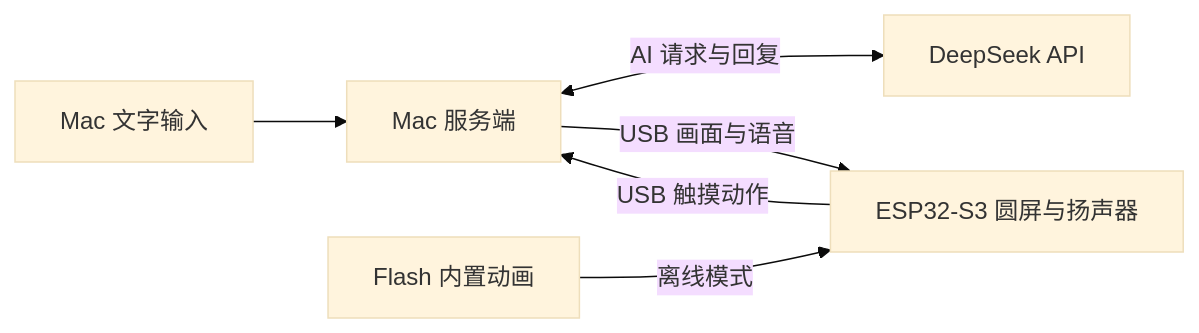
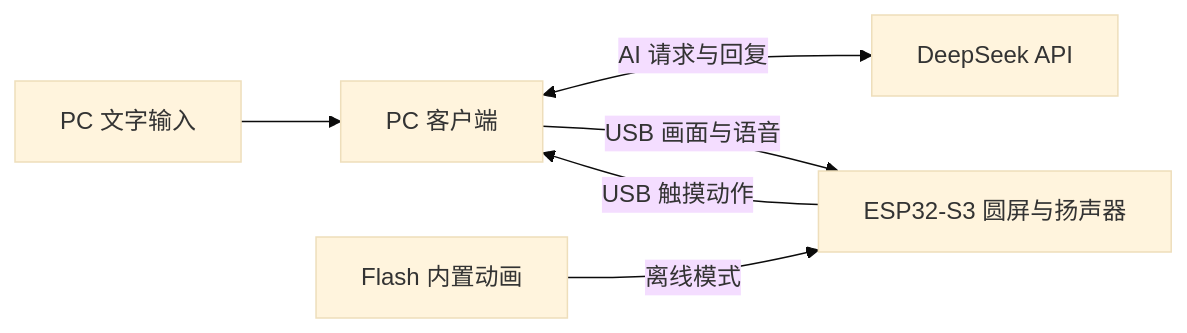
Before and after one commit to timechuchen/electronic_pet_ESP32_S3: the diagram in README.md, drawn with Mermaid (base theme). The commit also changed other lines of this file and 8 other files, not shown here.

````diff
--- a/README.md
+++ b/README.md
@@ -39,8 +38,8 @@
 ```mermaid
 flowchart LR
-    User[Mac 文字输入] --> Mac[Mac 服务端]
-    Mac <-->|AI 请求与回复| AI[DeepSeek API]
-    Mac -->|USB 画面与语音| Board[ESP32-S3 圆屏与扬声器]
-    Board -->|USB 触摸动作| Mac
+    User[PC 文字输入] --> PC[PC 客户端]
+    PC <-->|AI 请求与回复| AI[DeepSeek API]
+    PC -->|USB 画面与语音| Board[ESP32-S3 圆屏与扬声器]
+    Board -->|USB 触摸动作| PC
     Local[Flash 内置动画] -->|离线模式| Board
 ```
````
